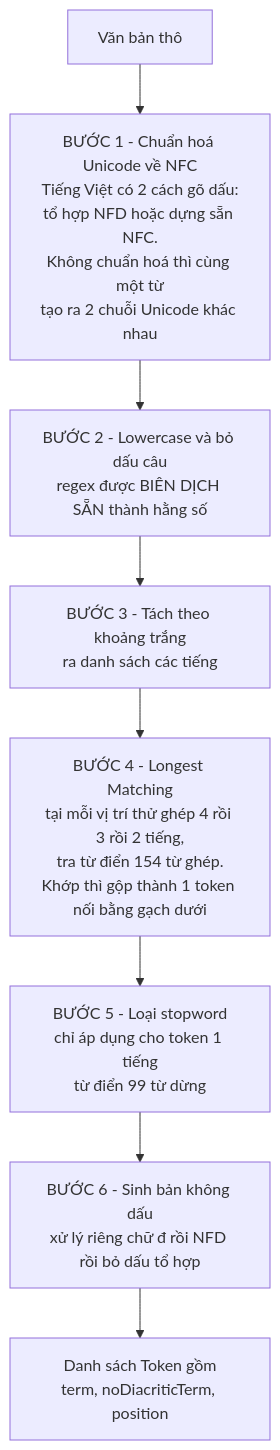
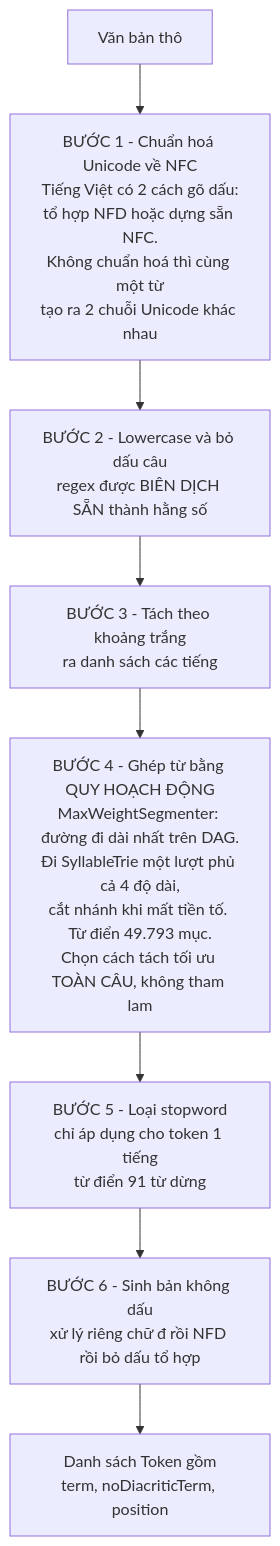
One commit to KietAnhCS/CocCoc-Plus changed the sixth of 11 diagrams in docs/Math/03-index/00-SO-DO-TU-DUY.md. Above: the diagram before and after it, drawn with Mermaid. The commit also changed other lines of this file and 1 other file, not shown here.

````diff
--- a/docs/Math/03-index/00-SO-DO-TU-DUY.md
+++ b/docs/Math/03-index/00-SO-DO-TU-DUY.md
@@ -334,14 +334,14 @@
 ```mermaid
 
 flowchart TD
     T["Văn bản thô"]
     S1["BƯỚC 1 - Chuẩn hoá Unicode về NFC<br/>Tiếng Việt có 2 cách gõ dấu:<br/>tổ hợp NFD hoặc dựng sẵn NFC.<br/>Không chuẩn hoá thì cùng một từ<br/>tạo ra 2 chuỗi Unicode khác nhau"]
     S2["BƯỚC 2 - Lowercase và bỏ dấu câu<br/>regex được BIÊN DỊCH SẴN thành hằng số"]
     S3["BƯỚC 3 - Tách theo khoảng trắng<br/>ra danh sách các tiếng"]
-    S4["BƯỚC 4 - Longest Matching<br/>tại mỗi vị trí thử ghép 4 rồi 3 rồi 2 tiếng,<br/>tra từ điển 154 từ ghép.<br/>Khớp thì gộp thành 1 token nối bằng gạch dưới"]
-    S5["BƯỚC 5 - Loại stopword<br/>chỉ áp dụng cho token 1 tiếng<br/>từ điển 99 từ dừng"]
+    S4["BƯỚC 4 - Ghép từ bằng QUY HOẠCH ĐỘNG<br/>MaxWeightSegmenter: đường đi dài nhất trên DAG.<br/>Đi SyllableTrie một lượt phủ cả 4 độ dài,<br/>cắt nhánh khi mất tiền tố. Từ điển 49.793 mục.<br/>Chọn cách tách tối ưu TOÀN CÂU, không tham lam"]
+    S5["BƯỚC 5 - Loại stopword<br/>chỉ áp dụng cho token 1 tiếng<br/>từ điển 91 từ dừng"]
     S6["BƯỚC 6 - Sinh bản không dấu<br/>xử lý riêng chữ đ rồi NFD rồi bỏ dấu tổ hợp"]
     OUT["Danh sách Token gồm<br/>term, noDiacriticTerm, position"]
 
     T --> S1 --> S2 --> S3 --> S4 --> S5 --> S6 --> OUT
 ```
````
